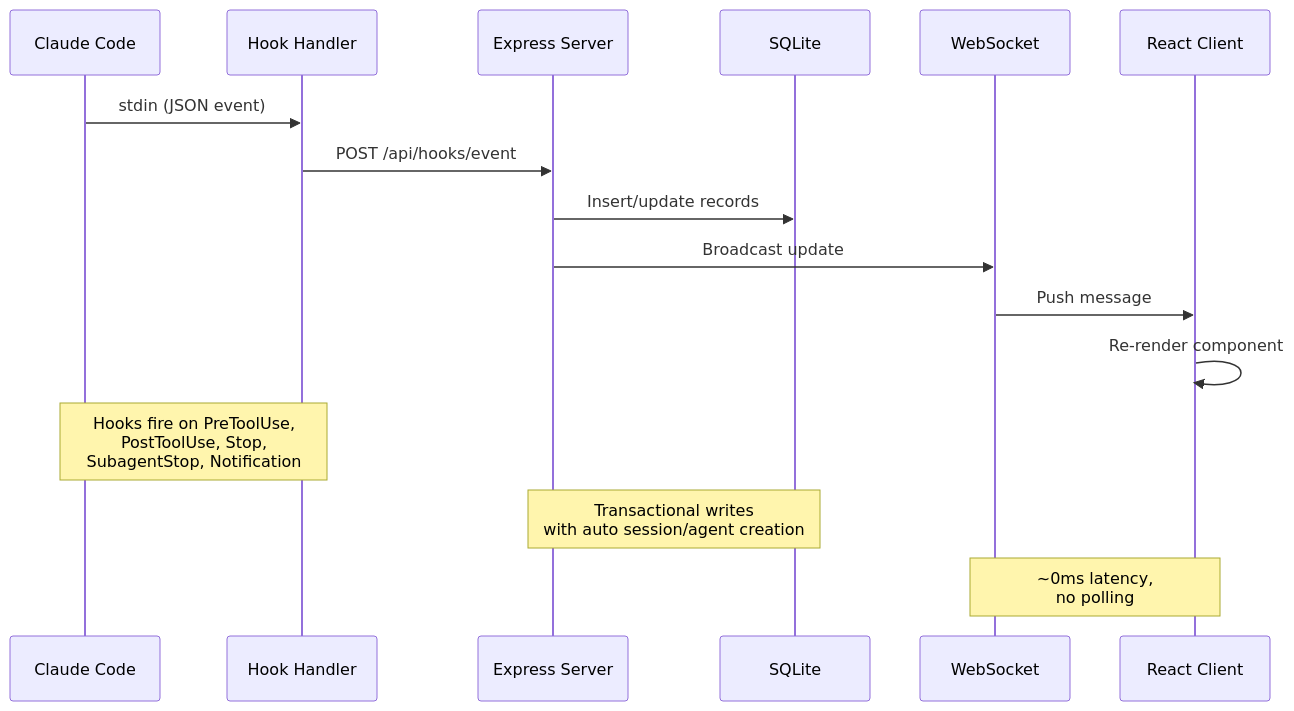
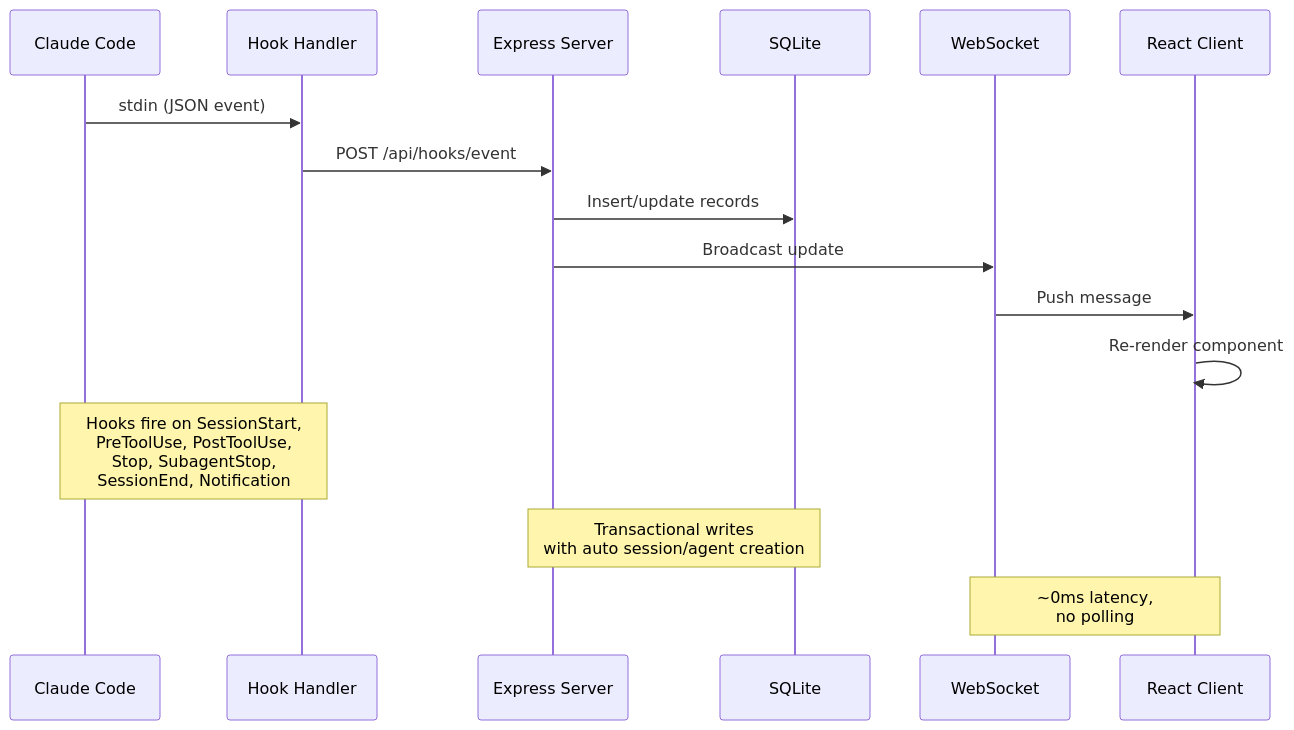
One commit to mirkanu/gsd-dashboard changed the second of 11 diagrams in README.md. Above: the diagram before and after it, drawn with Mermaid. The commit also changed other lines of this file and 20 other files, not shown here.

First line of the commit message:
feat: update session handling and agent status on Stop events

````diff
--- a/README.md
+++ b/README.md
@@ -181,20 +181,20 @@
 ```mermaid
 sequenceDiagram
     participant CC as Claude Code
     participant HH as Hook Handler
     participant API as Express Server
     participant DB as SQLite
     participant WS as WebSocket
     participant UI as React Client
 
     CC->>HH: stdin (JSON event)
     HH->>API: POST /api/hooks/event
     API->>DB: Insert/update records
     API->>WS: Broadcast update
     WS->>UI: Push message
     UI->>UI: Re-render component
 
-    Note over CC,HH: Hooks fire on PreToolUse,<br/>PostToolUse, Stop,<br/>SubagentStop, Notification
+    Note over CC,HH: Hooks fire on SessionStart,<br/>PreToolUse, PostToolUse,<br/>Stop, SubagentStop,<br/>SessionEnd, Notification
     Note over API,DB: Transactional writes<br/>with auto session/agent creation
     Note over WS,UI: ~0ms latency,<br/>no polling
 ```
````
